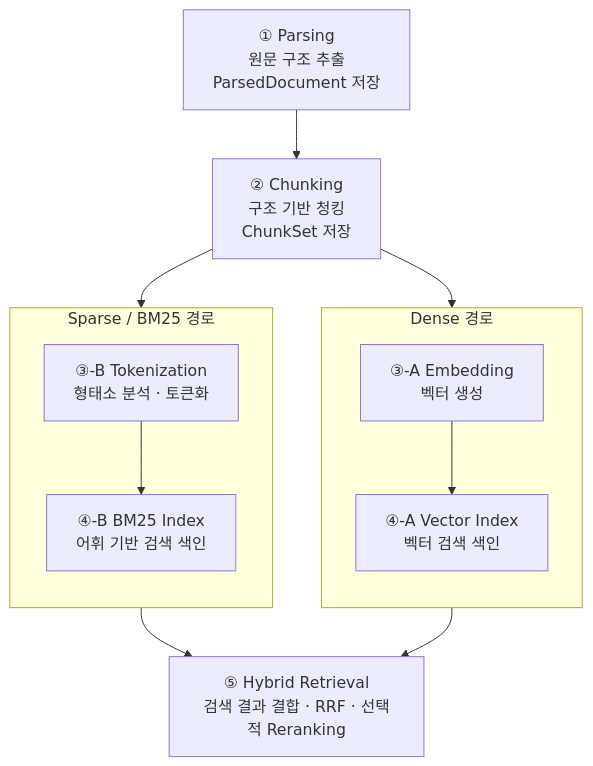
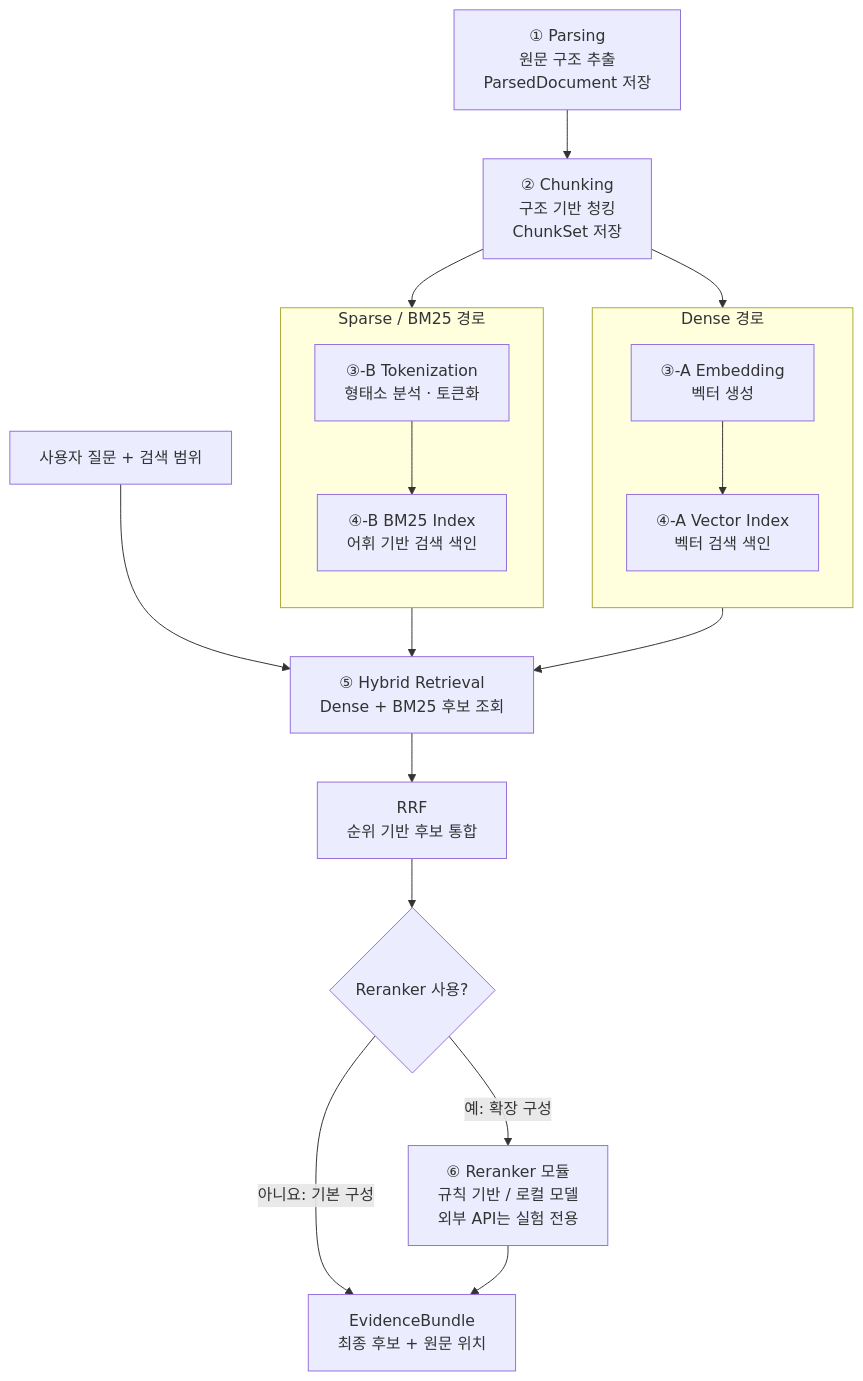
Before and after one commit to Jungminii-1114/P_Project_t5: the diagram in docs/document-pipeline.md, drawn with Mermaid. The commit also changed other lines of this file, not shown here.

Commit message:
docs: define optional reranker and Voyage external comparison baseline

````diff
--- a/docs/document-pipeline.md
+++ b/docs/document-pipeline.md
@@ -11,27 +11,34 @@
 ```mermaid
 flowchart TD
     P["① Parsing<br/>원문 구조 추출<br/>ParsedDocument 저장"]
     C["② Chunking<br/>구조 기반 청킹<br/>ChunkSet 저장"]
-
     subgraph DENSE["Dense 경로"]
         direction TB
         E["③-A Embedding<br/>벡터 생성"]
         V["④-A Vector Index<br/>벡터 검색 색인"]
         E --> V
     end
-
     subgraph SPARSE["Sparse / BM25 경로"]
         direction TB
         T["③-B Tokenization<br/>형태소 분석 · 토큰화"]
         B["④-B BM25 Index<br/>어휘 기반 검색 색인"]
         T --> B
     end
-
-    H["⑤ Hybrid Retrieval<br/>검색 결과 결합 · RRF · 선택적 Reranking"]
-
+    Q["사용자 질문 + 검색 범위"]
+    H["⑤ Hybrid Retrieval<br/>Dense + BM25 후보 조회"]
+    F["RRF<br/>순위 기반 후보 통합"]
+    S{"Reranker 사용?"}
+    R["⑥ Reranker 모듈<br/>규칙 기반 / 로컬 모델<br/>외부 API는 실험 전용"]
+    O["EvidenceBundle<br/>최종 후보 + 원문 위치"]
     P --> C
     C --> E
     C --> T
     V --> H
     B --> H
+    Q --> H
+    H --> F
+    F --> S
+    S -->|"아니요: 기본 구성"| O
+    S -->|"예: 확장 구성"| R
+    R --> O
 ```
````
